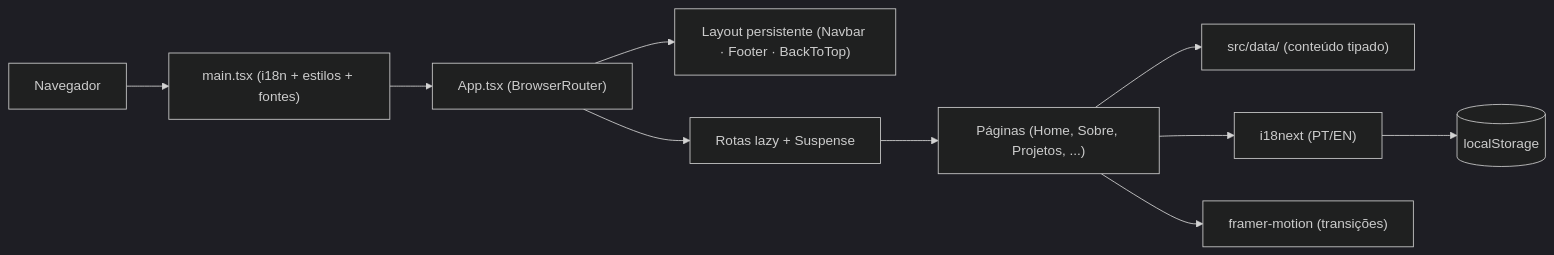
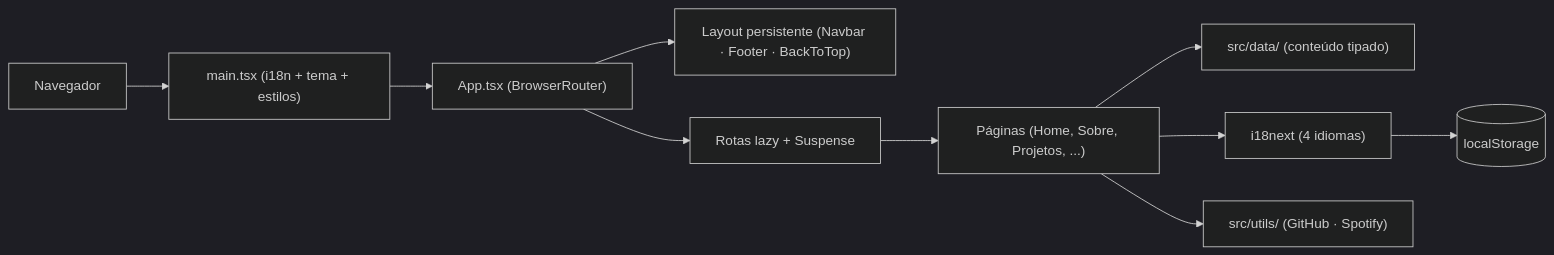
The second of 5 diagrams in README.md (Victorkaue333/my-portfolio-vk), drawn with Mermaid (dark theme) before and after one commit. The commit also changed other lines of this file and 18 other files, not shown here.

````diff
--- a/README.md
+++ b/README.md
@@ -208,11 +222,11 @@
 ```mermaid
 flowchart LR
-    N["Navegador"] --> M["main.tsx (i18n + estilos + fontes)"] --> AP["App.tsx (BrowserRouter)"]
+    N["Navegador"] --> M["main.tsx (i18n + tema + estilos)"] --> AP["App.tsx (BrowserRouter)"]
     AP --> LY["Layout persistente (Navbar · Footer · BackToTop)"]
     AP --> RT["Rotas lazy + Suspense"]
     RT --> PG["Páginas (Home, Sobre, Projetos, ...)"]
     PG --> DT["src/data/ (conteúdo tipado)"]
-    PG --> I18["i18next (PT/EN)"]
+    PG --> I18["i18next (4 idiomas)"]
     I18 --> LS[("localStorage")]
-    PG --> FM["framer-motion (transições)"]
+    PG --> UT["src/utils/ (GitHub · Spotify)"]
 ```
````
